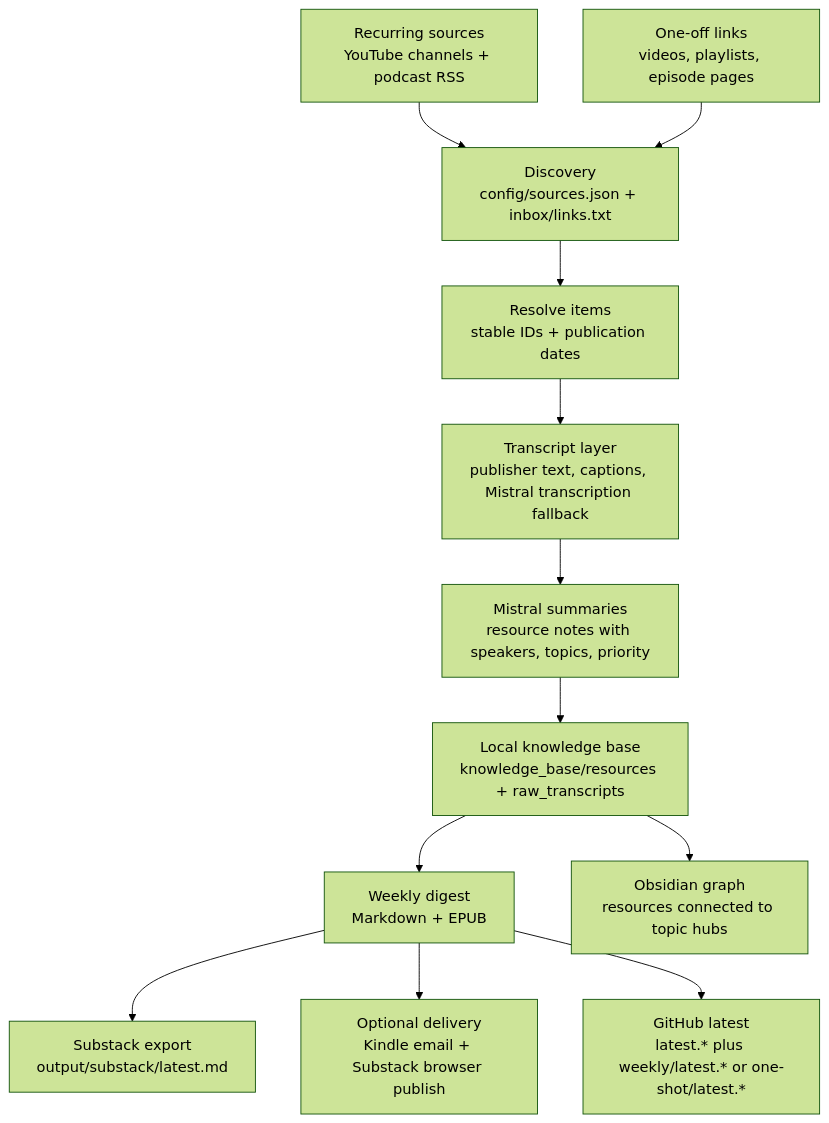
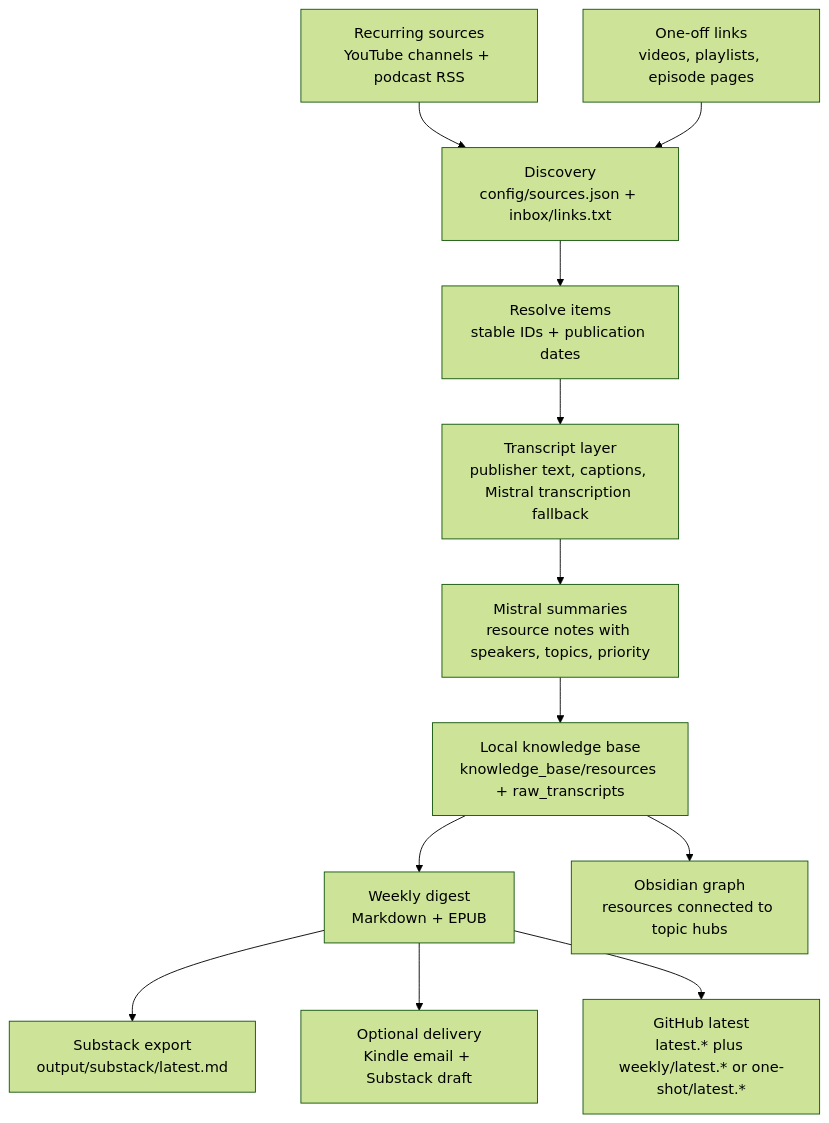
One commit to sophiamyang/ai-weekly-reads changed the diagram in README.md. Above: the diagram before and after it, drawn with Mermaid (forest theme). The commit also changed other lines of this file and 1 other file, not shown here.

````diff
--- a/README.md
+++ b/README.md
@@ -59,14 +59,14 @@
 ```mermaid
 flowchart TD
     A["Recurring sources\nYouTube channels + podcast RSS"] --> C["Discovery\nconfig/sources.json + inbox/links.txt"]
     B["One-off links\nvideos, playlists, episode pages"] --> C
     C --> D["Resolve items\nstable IDs + publication dates"]
     D --> E["Transcript layer\npublisher text, captions, Mistral transcription fallback"]
     E --> F["Mistral summaries\nresource notes with speakers, topics, priority"]
     F --> G["Local knowledge base\nknowledge_base/resources + raw_transcripts"]
     G --> H["Weekly digest\nMarkdown + EPUB"]
     H --> I["Substack export\noutput/substack/latest.md"]
-    H --> J["Optional delivery\nKindle email + Substack browser publish"]
+    H --> J["Optional delivery\nKindle email + Substack draft"]
     H --> K["GitHub latest\nlatest.* plus weekly/latest.* or one-shot/latest.*"]
     G --> L["Obsidian graph\nresources connected to topic hubs"]
 ```
````
